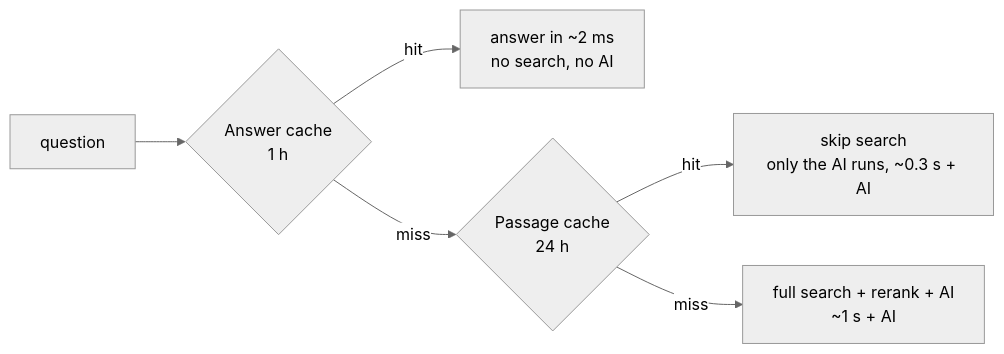
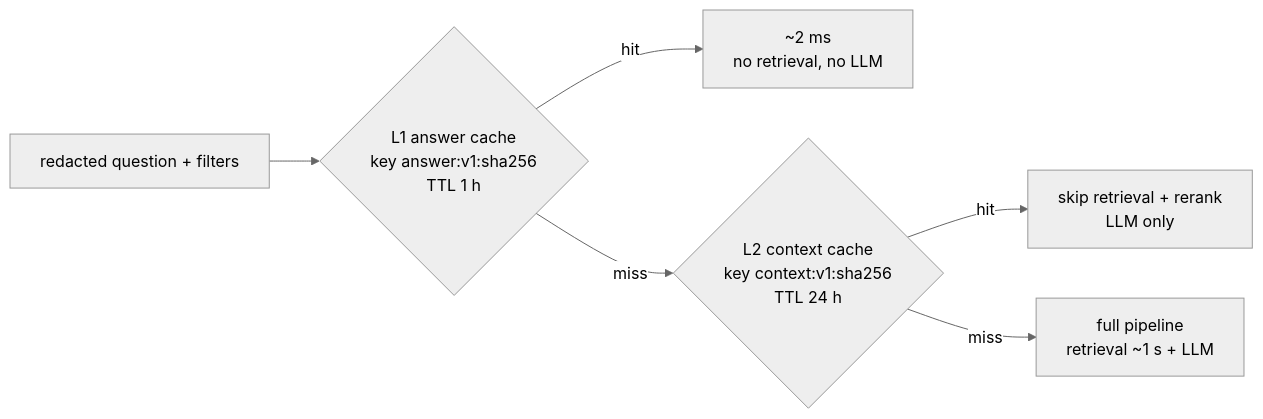
Before and after one commit to pavanaditya123/healthcare-rag-assistant: the ninth of 13 diagrams in README.md, drawn with Mermaid (neutral theme). The commit also changed other lines of this file, not shown here.

Commit message:
README: technical diagrams per component, each followed by an everyday explanation

````diff
--- a/README.md
+++ b/README.md
@@ -470,8 +458,8 @@
 ```mermaid
 flowchart LR
-    Q["question"] --> L1{"Answer cache<br/>1 h"}
-    L1 -- hit --> A1["answer in ~2 ms<br/>no search, no AI"]
-    L1 -- miss --> L2{"Passage cache<br/>24 h"}
-    L2 -- hit --> A2["skip search<br/>only the AI runs, ~0.3 s + AI"]
-    L2 -- miss --> A3["full search + rerank + AI<br/>~1 s + AI"]
+    Q["redacted question + filters"] --> L1{"L1 answer cache<br/>key answer:v1:sha256<br/>TTL 1 h"}
+    L1 -- hit --> A1["~2 ms<br/>no retrieval, no LLM"]
+    L1 -- miss --> L2{"L2 context cache<br/>key context:v1:sha256<br/>TTL 24 h"}
+    L2 -- hit --> A2["skip retrieval + rerank<br/>LLM only"]
+    L2 -- miss --> A3["full pipeline<br/>retrieval ~1 s + LLM"]
 ```
````
